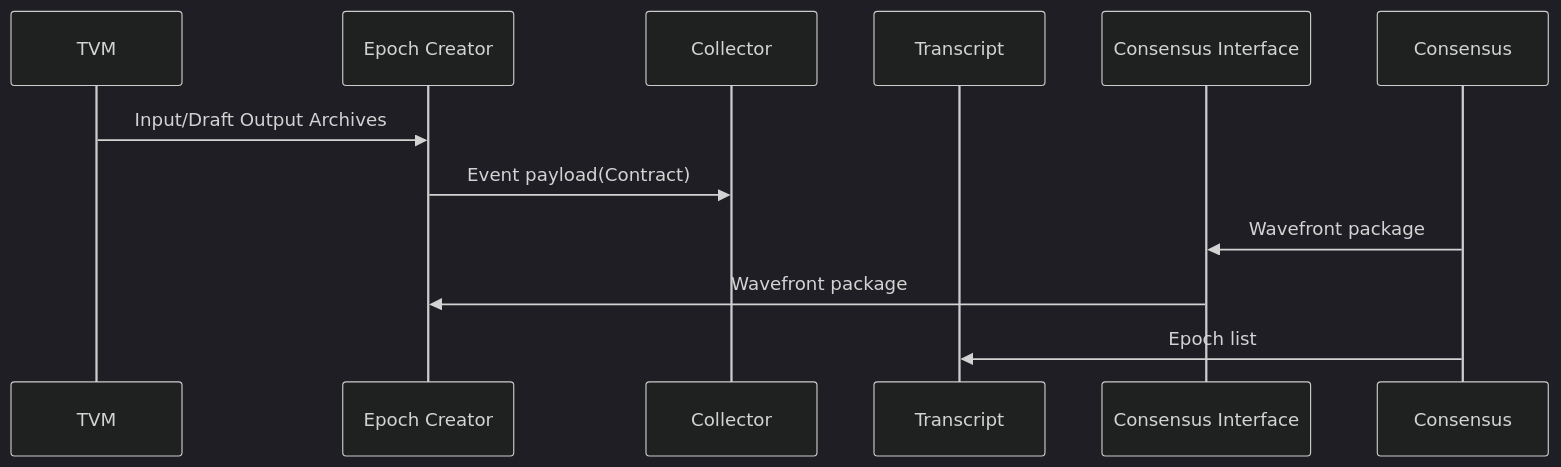
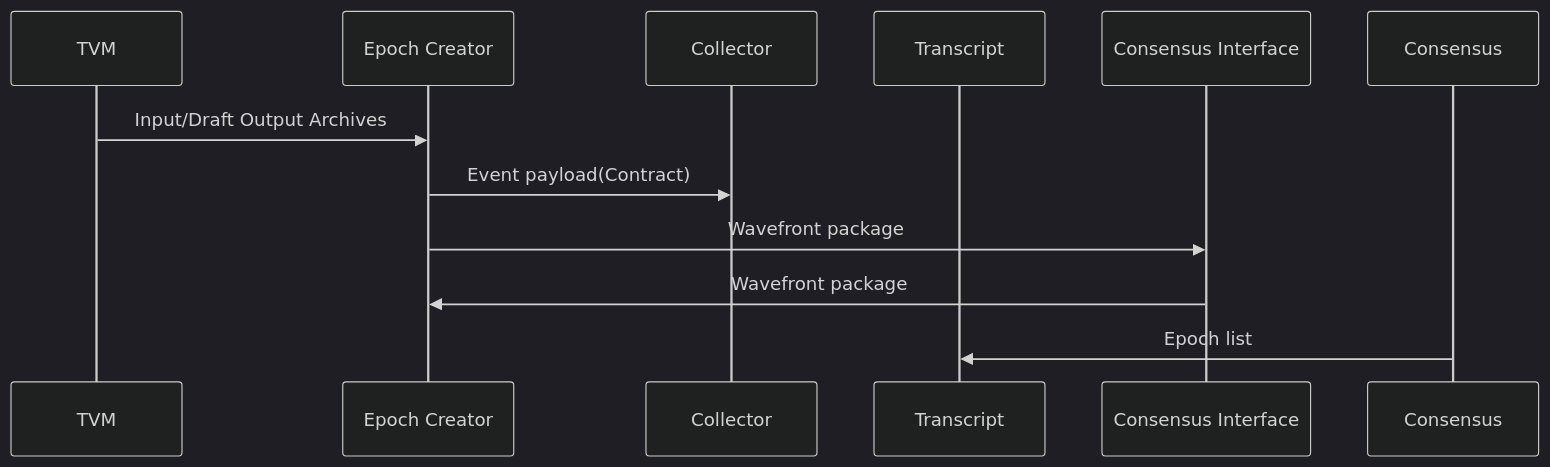
One commit to tagion/tagion changed the diagram in documents/architecture/EpochCreator.md. Above: the diagram before and after it, drawn with Mermaid (dark theme).

Commit message:
correction

````diff
--- a/documents/architecture/EpochCreator.md
+++ b/documents/architecture/EpochCreator.md
@@ -19,13 +19,13 @@
 ```mermaid
 sequenceDiagram
     participant TVM 
     participant Epoch Creator 
     participant Collector
     participant Transcript
     participant Consensus Interface
     TVM ->> Epoch Creator: Input/Draft Output Archives
     Epoch Creator ->> Collector: Event payload(Contract) 
-    Consensus ->> Consensus Interface: Wavefront package
+    Epoch Creator ->> Consensus Interface: Wavefront package
     Consensus Interface ->> Epoch Creator: Wavefront package
     Consensus ->> Transcript: Epoch list
 ```
````
